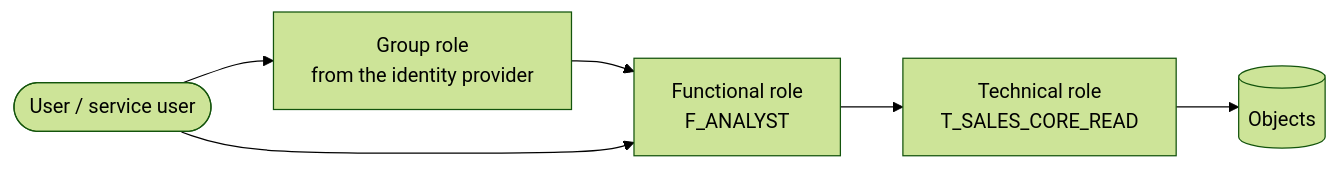
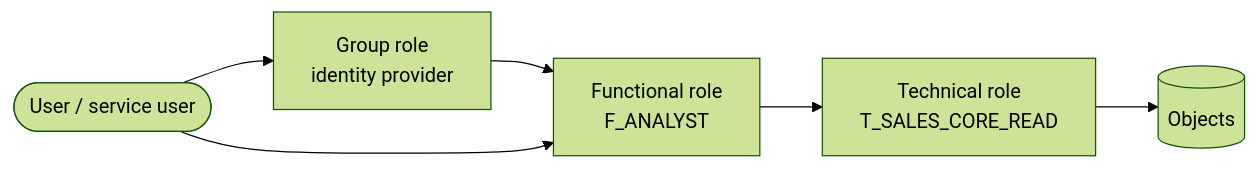
Before and after one commit to darshanmeel/snowflake-access-explorer: the second of 2 diagrams in access-explorer/README.md, drawn with Mermaid (forest theme). The commit also changed other lines of this file and 20 other files, not shown here.

Commit message:
Summary graph for big accounts, README.md, README.html, screenshots, requirements.txt

````diff
--- a/access-explorer/README.md
+++ b/access-explorer/README.md
@@ -31,8 +65,8 @@
 ```mermaid
 flowchart LR
-  U([User / service user]) --> G[Group role<br/>from the identity provider]
+  U([User / service user]) --> G[Group role<br/>identity provider]
   G --> F[Functional role<br/>F_ANALYST]
   U --> F
   F --> T[Technical role<br/>T_SALES_CORE_READ]
   T --> O[(Objects)]
 ```
````
